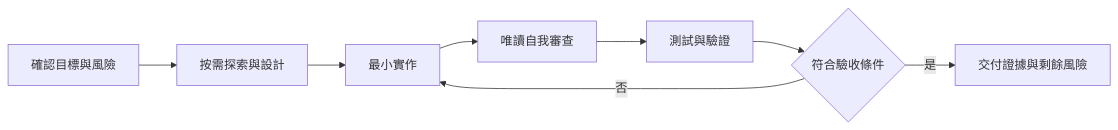
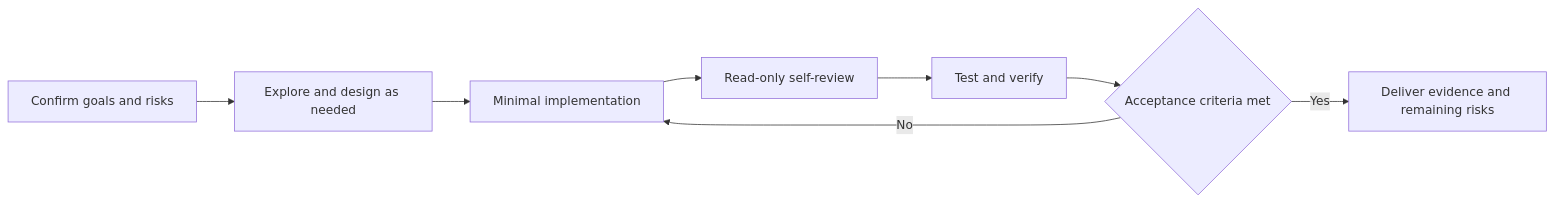
The diagram in docs/development/workflow/capabilities/README.md (963sup/line-mini-app-bot), drawn with Mermaid before and after one commit. The commit also changed other lines of this file and 341 other files, not shown here.

````diff
--- a/docs/development/workflow/capabilities/README.md
+++ b/docs/development/workflow/capabilities/README.md
@@ -15,10 +19,10 @@
 ```mermaid
 flowchart LR
-  A[確認目標與風險] --> B[按需探索與設計]
-  B --> C[最小實作]
-  C --> D[唯讀自我審查]
-  D --> E[測試與驗證]
-  E --> F{符合驗收條件}
-  F -->|否| C
-  F -->|是| G[交付證據與剩餘風險]
+  A[Confirm goals and risks] --> B[Explore and design as needed]
+  B --> C[Minimal implementation]
+  C --> D[Read-only self-review]
+  D --> E[Test and verify]
+  E --> F{Acceptance criteria met}
+  F -->|No| C
+  F -->|Yes| G[Deliver evidence and remaining risks]
 ```
````
